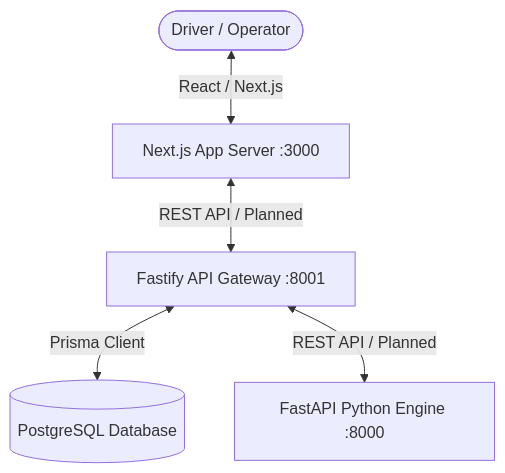
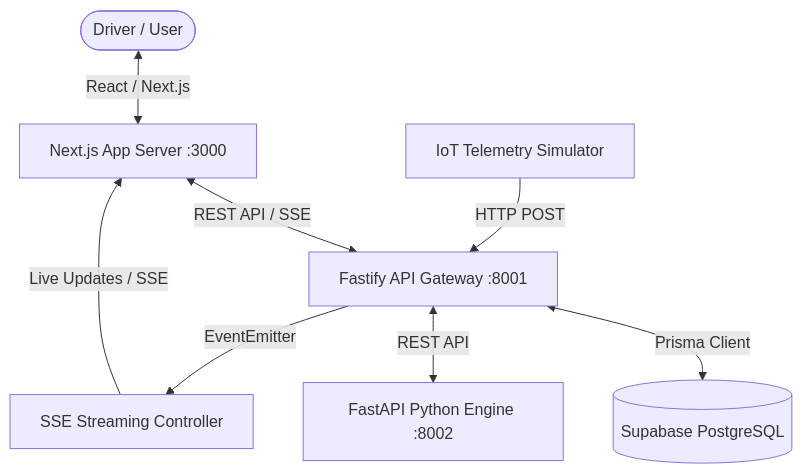
One commit to Prathamcoder3000/smartpark-ai-2.0 changed the diagram in README.md. Above: the diagram before and after it, drawn with Mermaid. The commit also changed other lines of this file, not shown here.

````diff
--- a/README.md
+++ b/README.md
@@ -160,7 +33,12 @@
 ```mermaid
 flowchart TD
-    User([Driver / Operator]) <-->|React / Next.js| Frontend[Next.js App Server :3000]
-    Frontend <-->|REST API / Planned| Backend[Fastify API Gateway :8001]
-    Backend <-->|Prisma Client| DB[(PostgreSQL Database)]
-    Backend <-->|REST API / Planned| AIEngine[FastAPI Python Engine :8000]
+    Driver([Driver / User]) <-->|React / Next.js| Frontend[Next.js App Server :3000]
+    Frontend <-->|REST API / SSE| Backend[Fastify API Gateway :8001]
+    
+    Backend <-->|Prisma Client| DB[(Supabase PostgreSQL)]
+    Backend <-->|REST API| AIEngine[FastAPI Python Engine :8002]
+    
+    IoTSimulator[IoT Telemetry Simulator] -->|HTTP POST| Backend
+    Backend -->|EventEmitter| SSE[SSE Streaming Controller]
+    SSE -->|Live Updates / SSE| Frontend
 ```
````
